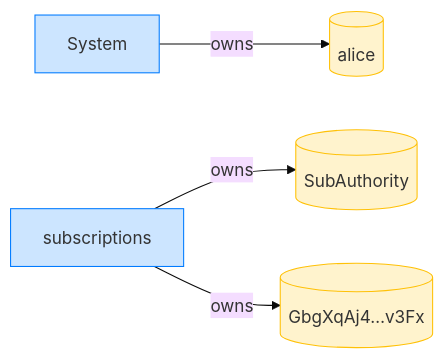
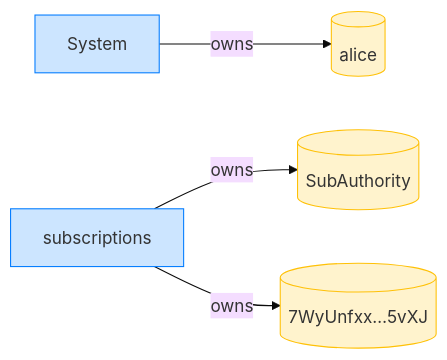
Before and after one commit to cds-rs/subscriptions: diagram 12 of 16 in dsl_tests/create-multiple-delegations-at-different-nonces.md, drawn with Mermaid (base theme). The commit also changed other lines of this file and 224 other files, not shown here.

````diff
--- a/dsl_tests/create-multiple-delegations-at-different-nonces.md
+++ b/dsl_tests/create-multiple-delegations-at-different-nonces.md
@@ -147,13 +231,13 @@
 ```mermaid
 flowchart LR
     classDef owner fill:#cce5ff,stroke:#007bff;
     classDef account fill:#fff3cd,stroke:#ffc107;
     System[System]:::owner
     alice[(alice)]:::account
     subscriptions[subscriptions]:::owner
     SubAuthority[(SubAuthority)]:::account
-    GbgXqAj4_v3Fx[("GbgXqAj4…v3Fx")]:::account
+    7WyUnfxx_5vXJ[("7WyUnfxx…5vXJ")]:::account
     System -->|owns| alice
     subscriptions -->|owns| SubAuthority
-    subscriptions -->|owns| GbgXqAj4_v3Fx
+    subscriptions -->|owns| 7WyUnfxx_5vXJ
 ```
````
